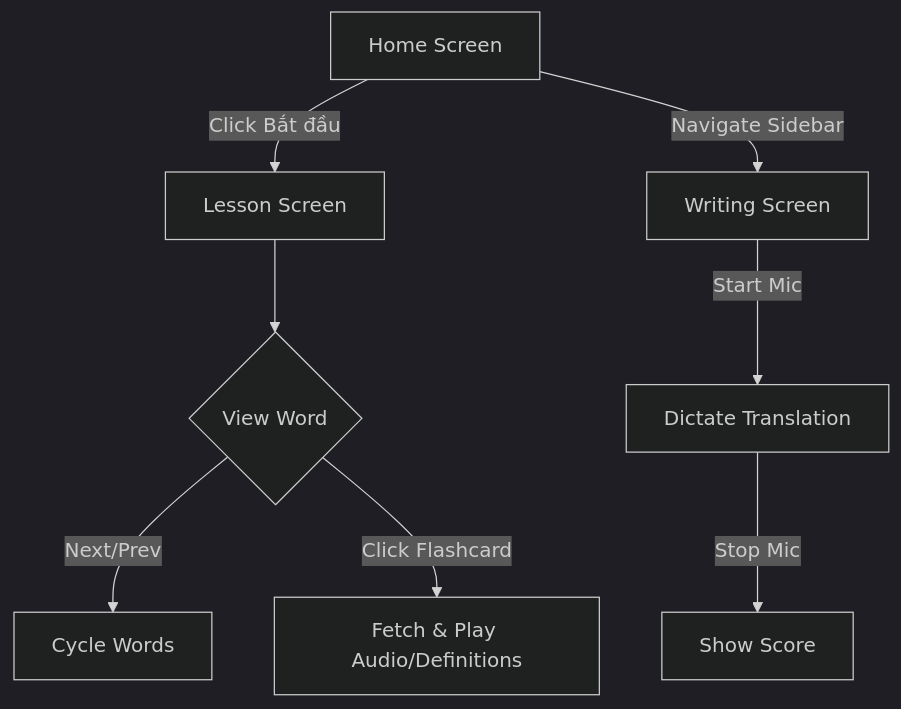
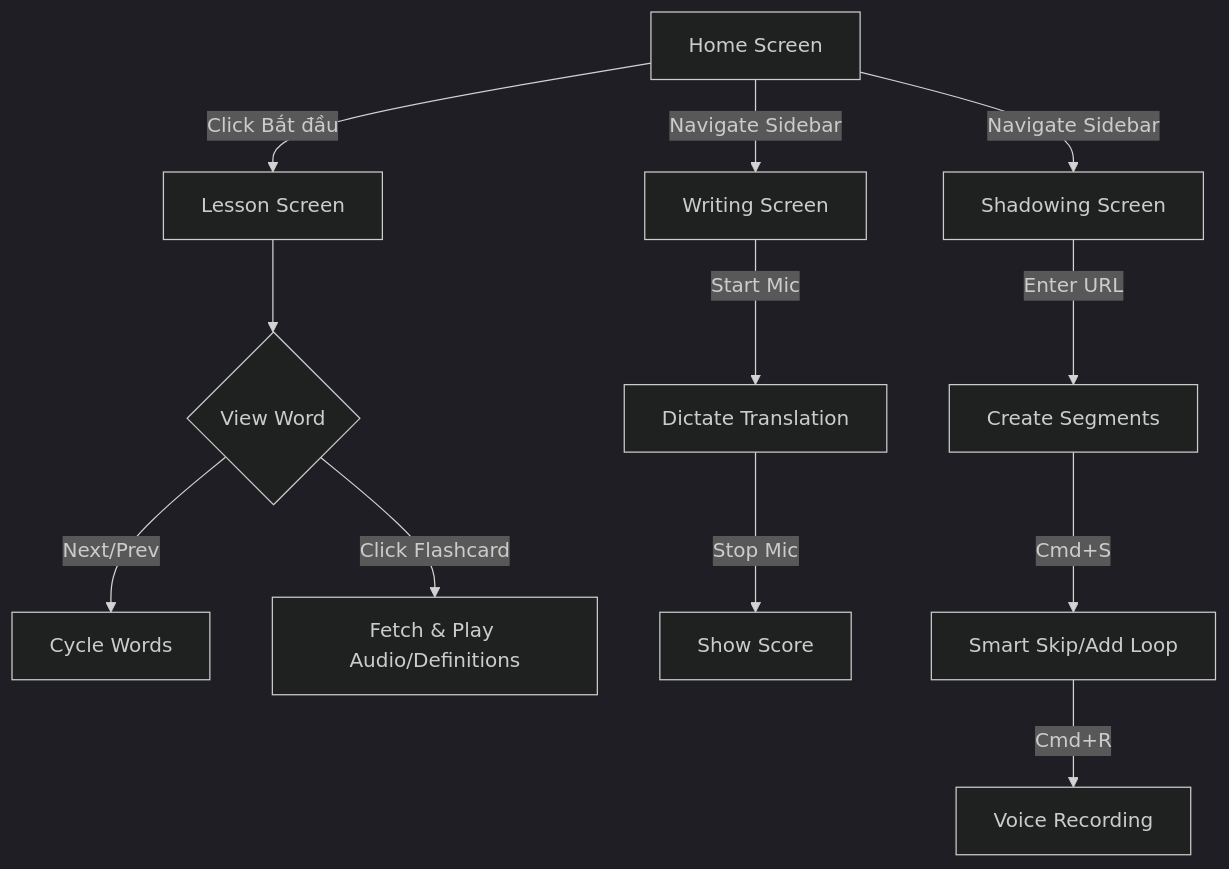
Before and after one commit to Sotatek-HienNguyen/Anti-greeting: the diagram in docs/project-fsd.md, drawn with Mermaid (dark theme). The commit also changed other lines of this file and 57 other files, not shown here.

Commit message:
feat(shadowing): implement shadowing studio with persistence, audio recording, hotkeys, and tests

````diff
--- a/docs/project-fsd.md
+++ b/docs/project-fsd.md
@@ -70,10 +86,14 @@
 ```mermaid
 flowchart TD
     A[Home Screen] -->|Click Bắt đầu| B[Lesson Screen]
     B --> C{View Word}
     C -->|Next/Prev| D[Cycle Words]
     C -->|Click Flashcard| E[Fetch & Play Audio/Definitions]
     A -->|Navigate Sidebar| F[Writing Screen]
+    A -->|Navigate Sidebar| I[Shadowing Screen]
     F -->|Start Mic| G[Dictate Translation]
     G -->|Stop Mic| H[Show Score]
+    I -->|Enter URL| J[Create Segments]
+    J -->|Cmd+S| K[Smart Skip/Add Loop]
+    K -->|Cmd+R| L[Voice Recording]
 ```
````
